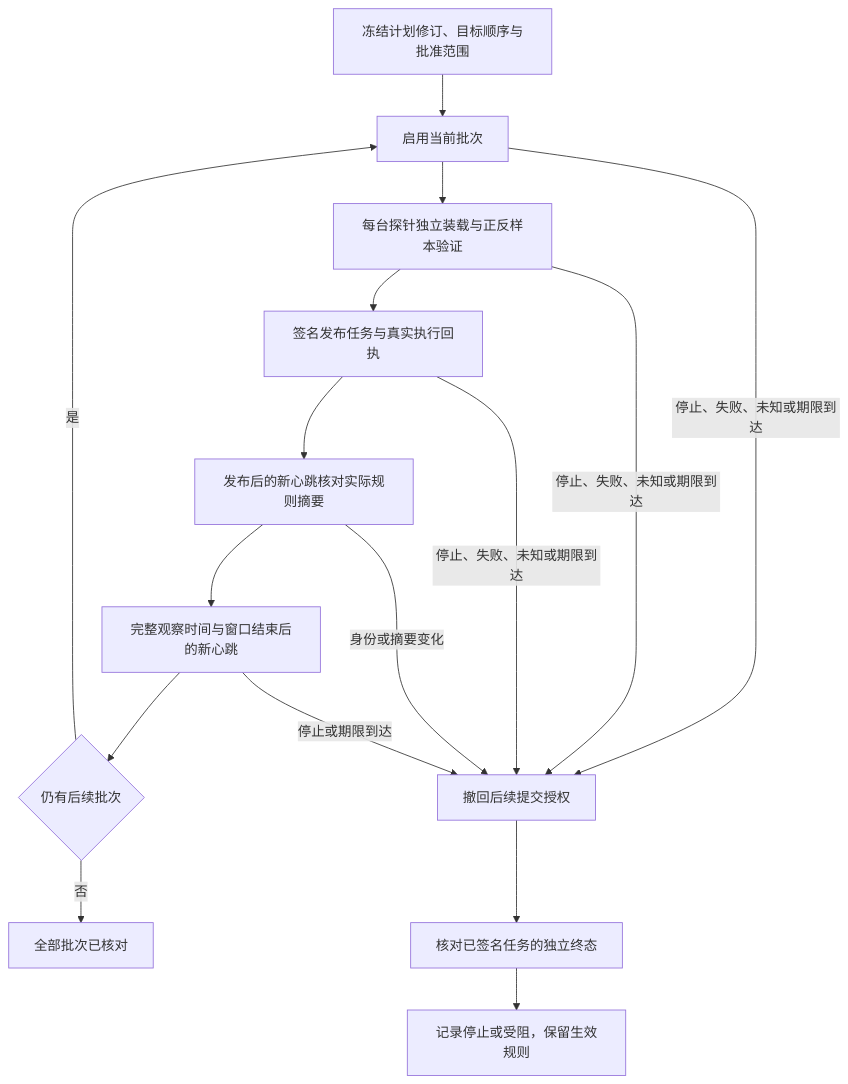
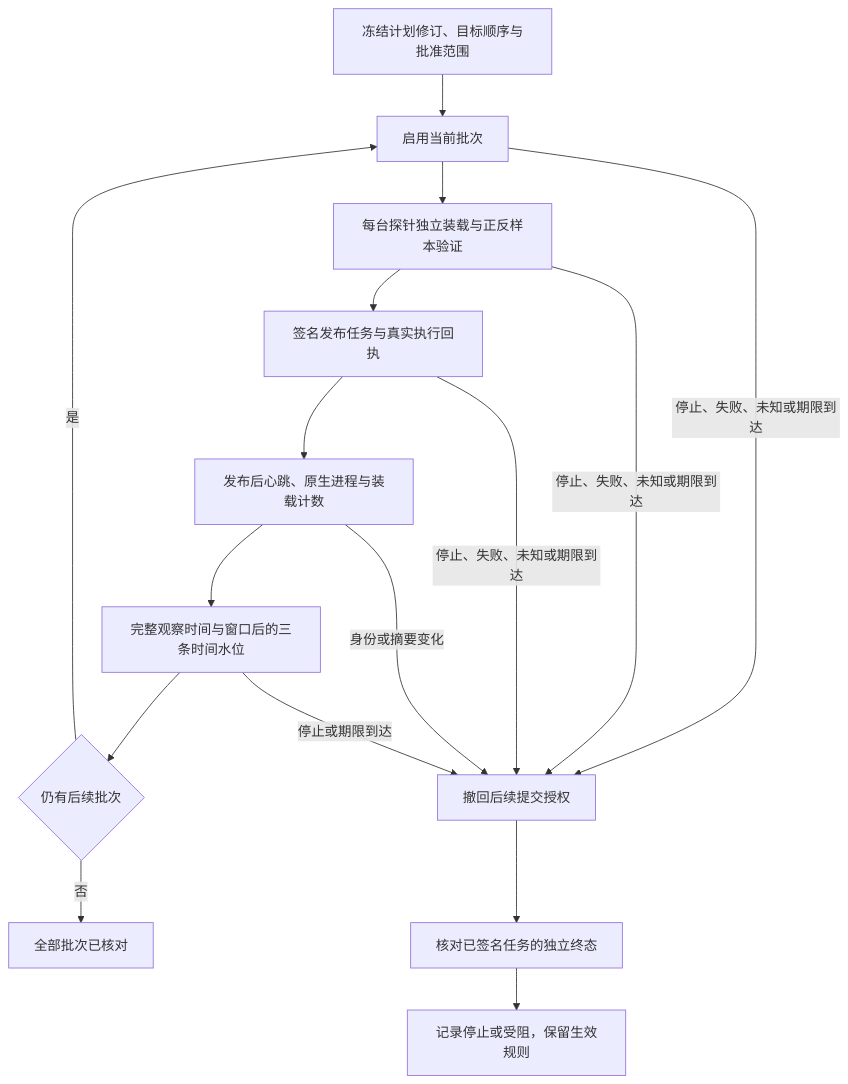
Before and after one commit to kkx600/StarBeacon: the diagram in docs/规则分批发布.md, drawn with Mermaid. The commit also changed other lines of this file and 58 other files, not shown here.

````diff
--- a/docs/规则分批发布.md
+++ b/docs/规则分批发布.md
@@ -27,18 +27,18 @@
 ```mermaid
 flowchart TD
   A[冻结计划修订、目标顺序与批准范围] --> B[启用当前批次]
   B --> C[每台探针独立装载与正反样本验证]
   C --> D[签名发布任务与真实执行回执]
-  D --> E[发布后的新心跳核对实际规则摘要]
-  E --> F[完整观察时间与窗口结束后的新心跳]
+  D --> E[发布后心跳、原生进程与装载计数]
+  E --> F[完整观察时间与窗口后的三条时间水位]
   F --> G{仍有后续批次}
   G -->|是| B
   G -->|否| H[全部批次已核对]
   B -->|停止、失败、未知或期限到达| I[撤回后续提交授权]
   C -->|停止、失败、未知或期限到达| I
   D -->|停止、失败、未知或期限到达| I
   E -->|身份或摘要变化| I
   F -->|停止或期限到达| I
   I --> J[核对已签名任务的独立终态]
   J --> K[记录停止或受阻，保留生效规则]
 ```
````
